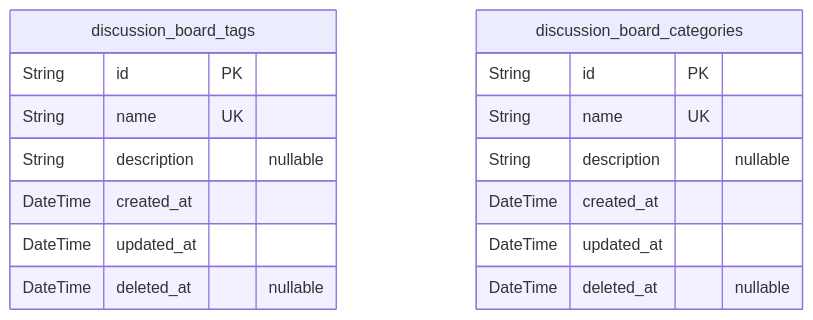
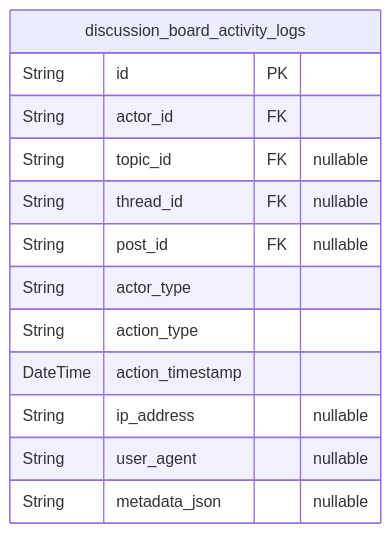
The seventh of 8 diagrams in docs/ERD.md (wrtnlabs/autobe-example-bbs-openai-gpt-4.1), drawn with Mermaid before and after one commit. The commit also changed other lines of this file and 1035 other files, not shown here.

````diff
--- a/docs/ERD.md
+++ b/docs/ERD.md
@@ -559,19 +625,16 @@
 ```mermaid
 erDiagram
-"discussion_board_tags" {
+"discussion_board_activity_logs" {
   String id PK
-  String name UK
-  String description "nullable"
-  DateTime created_at
-  DateTime updated_at
-  DateTime deleted_at "nullable"
-}
-"discussion_board_categories" {
-  String id PK
-  String name UK
-  String description "nullable"
-  DateTime created_at
-  DateTime updated_at
-  DateTime deleted_at "nullable"
+  String actor_id FK
+  String topic_id FK "nullable"
+  String thread_id FK "nullable"
+  String post_id FK "nullable"
+  String actor_type
+  String action_type
+  DateTime action_timestamp
+  String ip_address "nullable"
+  String user_agent "nullable"
+  String metadata_json "nullable"
 }
 ```
````
